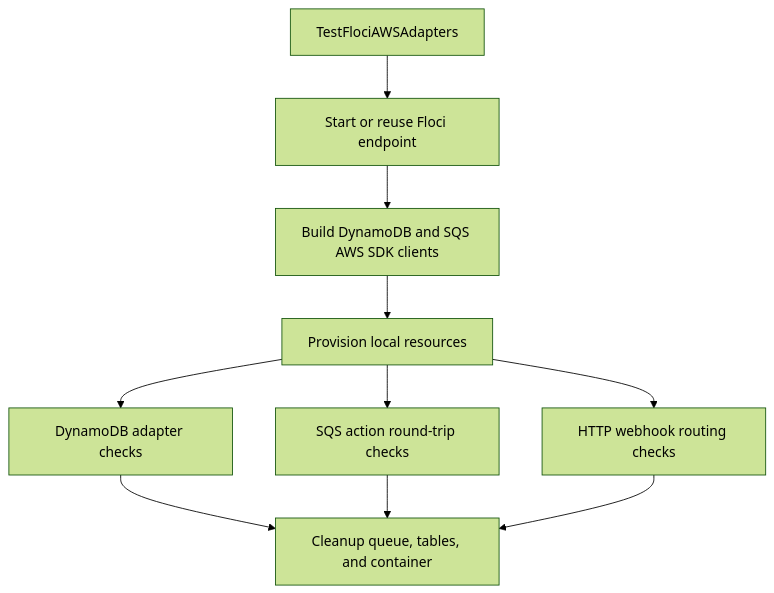
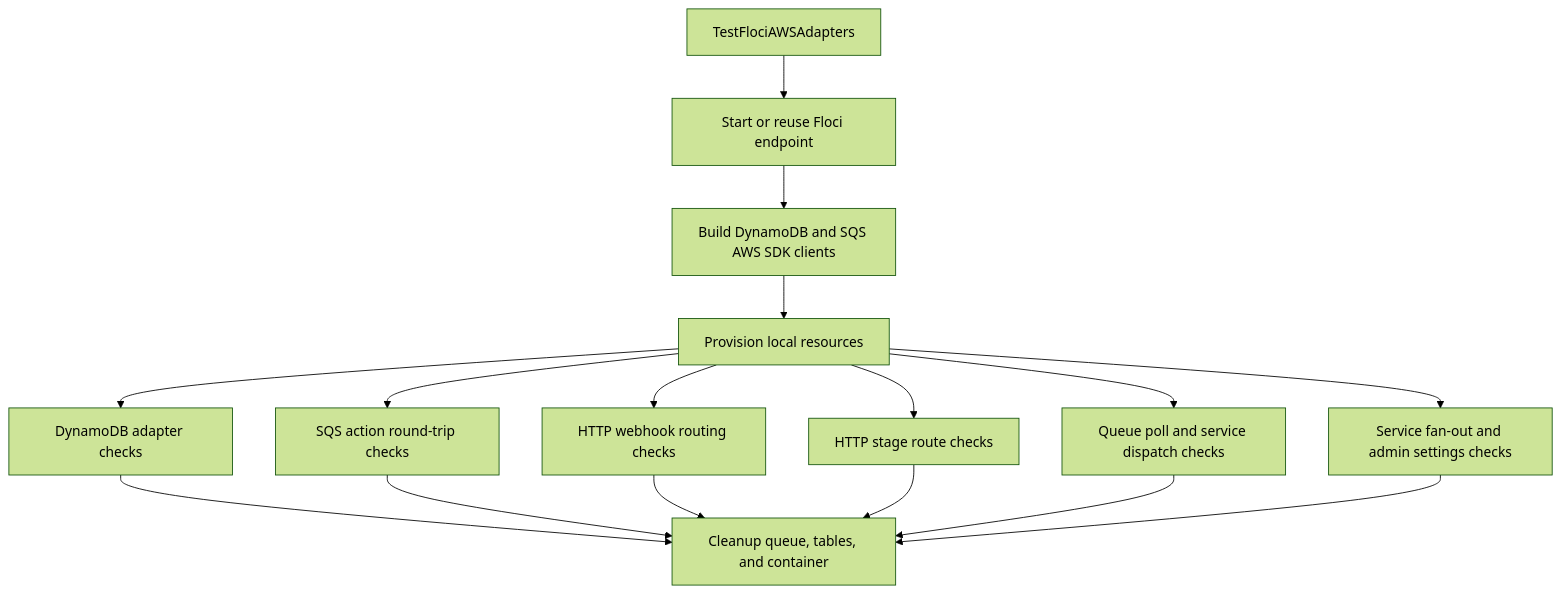
One commit to siutsin/telegram-jung2-bot changed the diagram in internal/integration/README.md. Above: the diagram before and after it, drawn with Mermaid (forest theme). The commit also changed other lines of this file and 9 other files, not shown here.

First line of the commit message:
Expand Floci integration coverage across HTTP, service, and queue flows

````diff
--- a/internal/integration/README.md
+++ b/internal/integration/README.md
@@ -41,12 +43,18 @@
 ```mermaid
 flowchart TD
     test[TestFlociAWSAdapters] --> floci[Start or reuse Floci endpoint]
     floci --> clients[Build DynamoDB and SQS AWS SDK clients]
     clients --> provision[Provision local resources]
     provision --> dynamo[DynamoDB adapter checks]
     provision --> sqs[SQS action round-trip checks]
     provision --> webhook[HTTP webhook routing checks]
+    provision --> stage[HTTP stage route checks]
+    provision --> worker[Queue poll and service dispatch checks]
+    provision --> service[Service fan-out and admin settings checks]
     dynamo --> cleanup[Cleanup queue, tables, and container]
     sqs --> cleanup
     webhook --> cleanup
+    stage --> cleanup
+    worker --> cleanup
+    service --> cleanup
 ```
````
